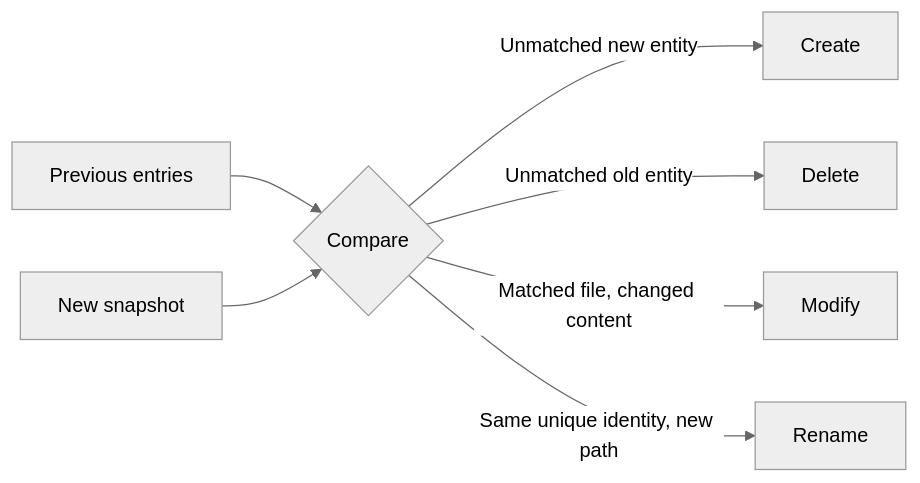
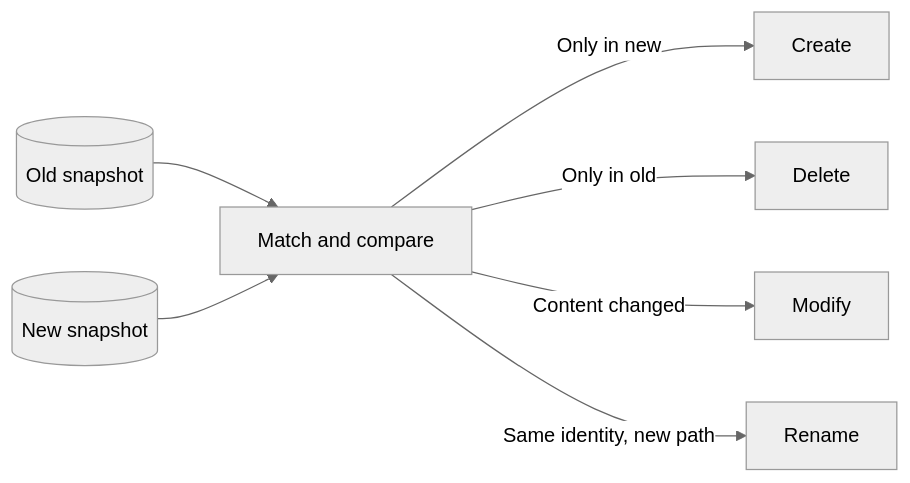
The second of 2 diagrams in README.md (maximmuss699/Directory-scanner-wth-database), drawn with Mermaid (neutral theme) before and after one commit. The commit also changed other lines of this file and 8 other files, not shown here.

````diff
--- a/README.md
+++ b/README.md
@@ -97,9 +99,9 @@
 ```mermaid
 flowchart LR
-    A[Previous entries] --> C{Compare}
-    B[New snapshot] --> C
-    C -->|Unmatched new entity| D[Create]
-    C -->|Unmatched old entity| E[Delete]
-    C -->|Matched file, changed content| F[Modify]
-    C -->|Same unique identity, new path| G[Rename]
+    A[(Old snapshot)] --> C[Match and compare]
+    B[(New snapshot)] --> C
+    C -->|Only in new| D[Create]
+    C -->|Only in old| E[Delete]
+    C -->|Content changed| F[Modify]
+    C -->|Same identity, new path| G[Rename]
 ```
````
